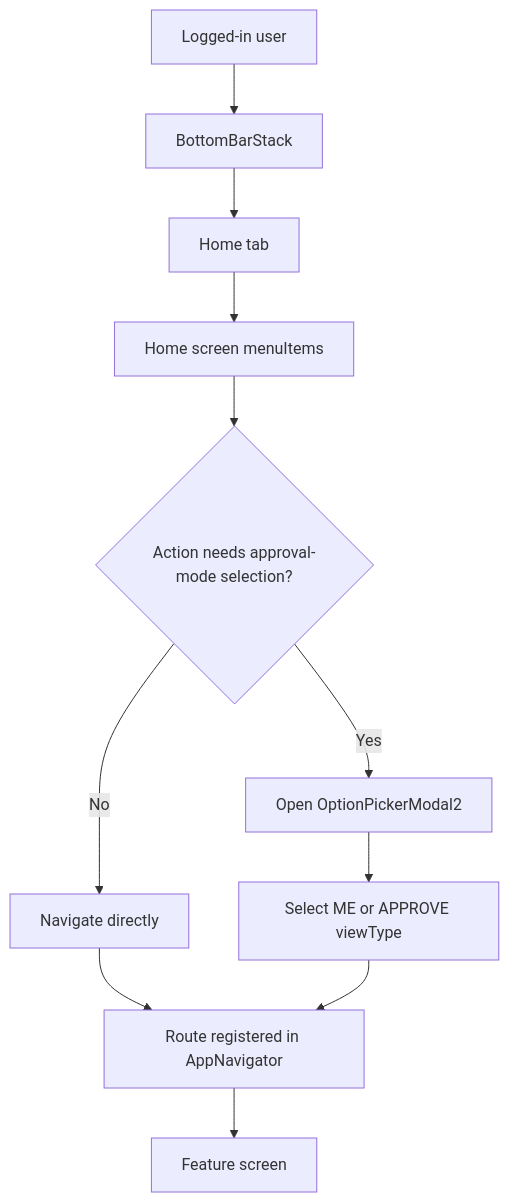
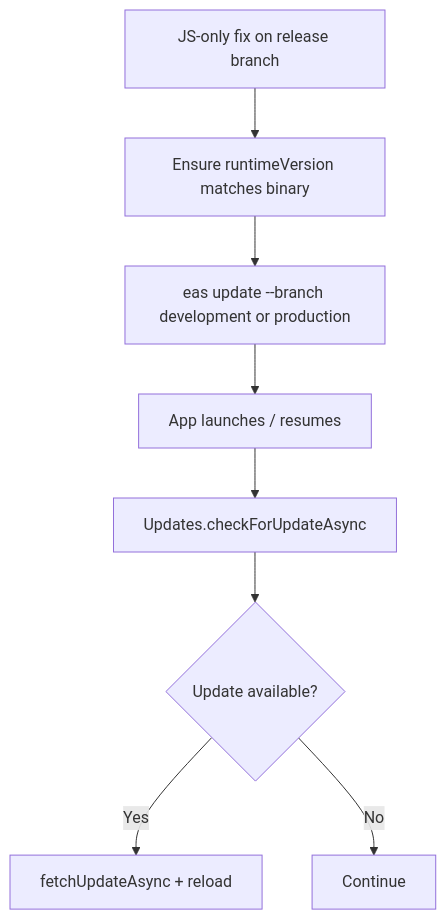
Before and after one commit to ThangTech/ALP-HRM-REACTNATIVE: the third of 5 diagrams in README.md, drawn with Mermaid. The commit also changed other lines of this file and 1 other file, not shown here.

````diff
--- a/README.md
+++ b/README.md
@@ -352,13 +411,10 @@
 ```mermaid
 flowchart TD
-  A[Logged-in user] --> B[BottomBarStack]
-  B --> C[Home tab]
-  C --> D[Home screen menuItems]
-  D --> E{Action needs approval-mode selection?}
-  E -- No --> F[Navigate directly]
-  E -- Yes --> G[Open OptionPickerModal2]
-  G --> H[Select ME or APPROVE viewType]
-  F --> I[Route registered in AppNavigator]
-  H --> I
-  I --> J[Feature screen]
+  A[JS-only fix on release branch] --> B[Ensure runtimeVersion matches binary]
+  B --> C[eas update --branch development or production]
+  C --> D[App launches / resumes]
+  D --> E[Updates.checkForUpdateAsync]
+  E --> F{Update available?}
+  F -- Yes --> G[fetchUpdateAsync + reload]
+  F -- No --> H[Continue]
 ```
````
